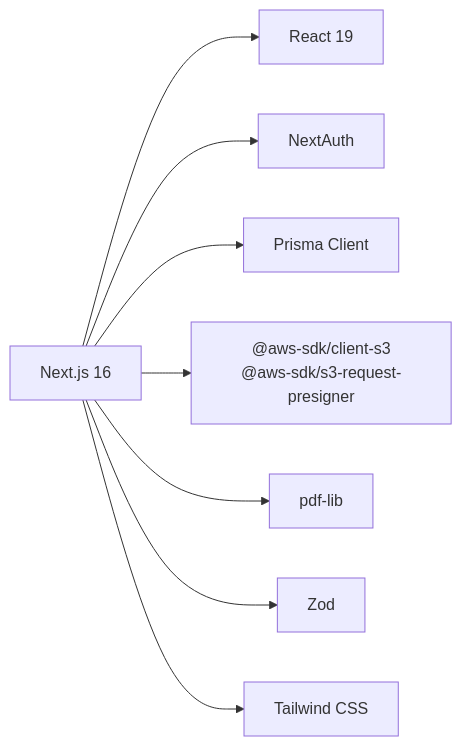
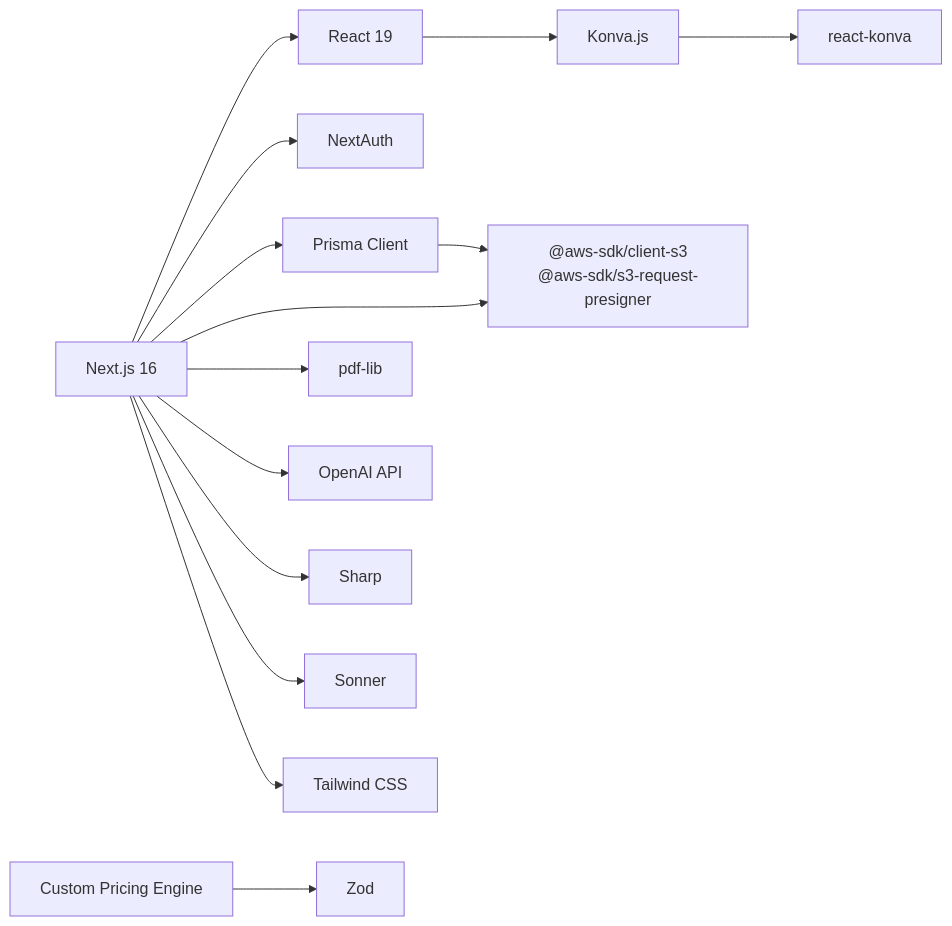
Before and after one commit to Crowdspender/titchybooks-app: the ninth of 9 diagrams in .qoder/repowiki/en/content/Project Overview.md, drawn with Mermaid. The commit also changed other lines of this file and 62 other files, not shown here.

````diff
--- a/.qoder/repowiki/en/content/Project Overview.md
+++ b/.qoder/repowiki/en/content/Project Overview.md
@@ -325,18 +471,30 @@
 ```mermaid
 graph LR
 Next["Next.js 16"]
 React["React 19"]
+Konva["Konva.js"]
+ReactKonva["react-konva"]
 Prisma["Prisma Client"]
 S3["@aws-sdk/client-s3<br/>@aws-sdk/s3-request-presigner"]
 PDF["pdf-lib"]
+OpenAI["OpenAI API"]
+Sharp["Sharp"]
+Sonner["Sonner"]
+Tailwind["Tailwind CSS"]
 Zod["Zod"]
 NextAuth["NextAuth"]
-Tailwind["Tailwind CSS"]
+Pricing["Custom Pricing Engine"]
 Next --> React
 Next --> NextAuth
 Next --> Prisma
 Next --> S3
 Next --> PDF
-Next --> Zod
+Next --> OpenAI
+Next --> Sharp
+Next --> Sonner
 Next --> Tailwind
+React --> Konva
+Konva --> ReactKonva
+Prisma --> S3
+Pricing --> Zod
 ```
````
